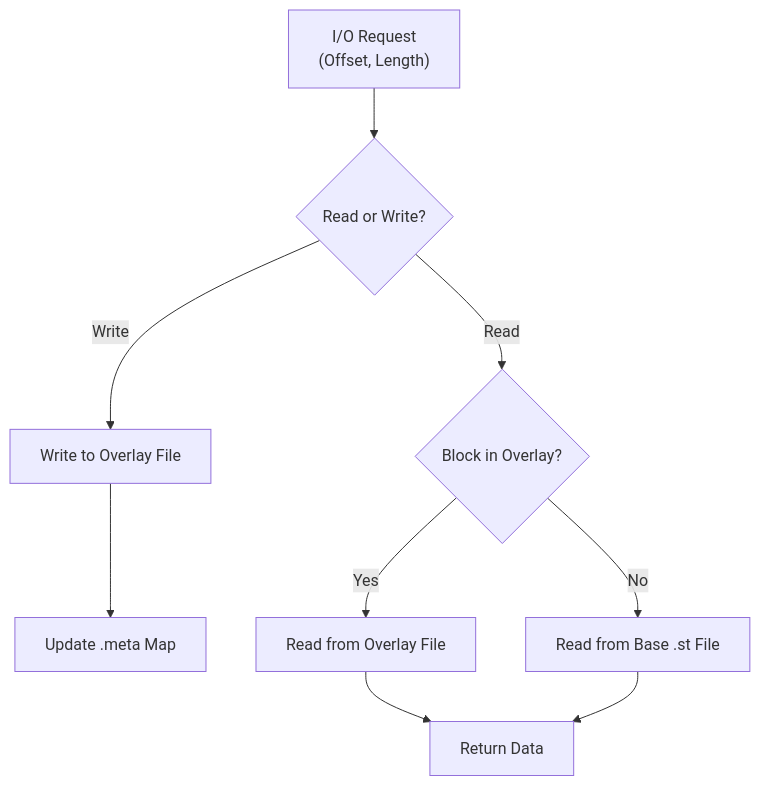
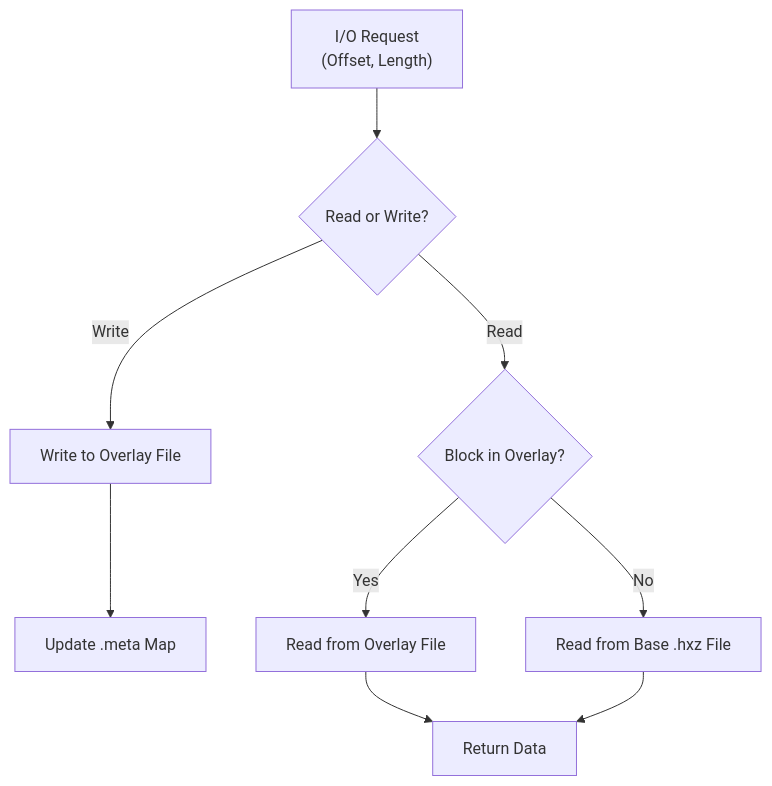
One commit to hexz-org/hexz changed the ninth of 9 diagrams in docs/explanation/architecture.md. Above: the diagram before and after it, drawn with Mermaid. The commit also changed other lines of this file and 96 other files, not shown here.

````diff
--- a/docs/explanation/architecture.md
+++ b/docs/explanation/architecture.md
@@ -315,15 +315,15 @@
 ```mermaid
 flowchart TD
     Request["I/O Request<br/>(Offset, Length)"] --> Type{"Read or Write?"}
     
     Type -- Write --> WriteOverlay["Write to Overlay File"]
     WriteOverlay --> UpdateMeta["Update .meta Map"]
     
     Type -- Read --> CheckMeta{"Block in Overlay?"}
     
     CheckMeta -- Yes --> ReadOverlay["Read from Overlay File"]
     ReadOverlay --> Return
     
-    CheckMeta -- No --> ReadBase["Read from Base .st File"]
+    CheckMeta -- No --> ReadBase["Read from Base .hxz File"]
     ReadBase --> Return["Return Data"]
 ```
````
